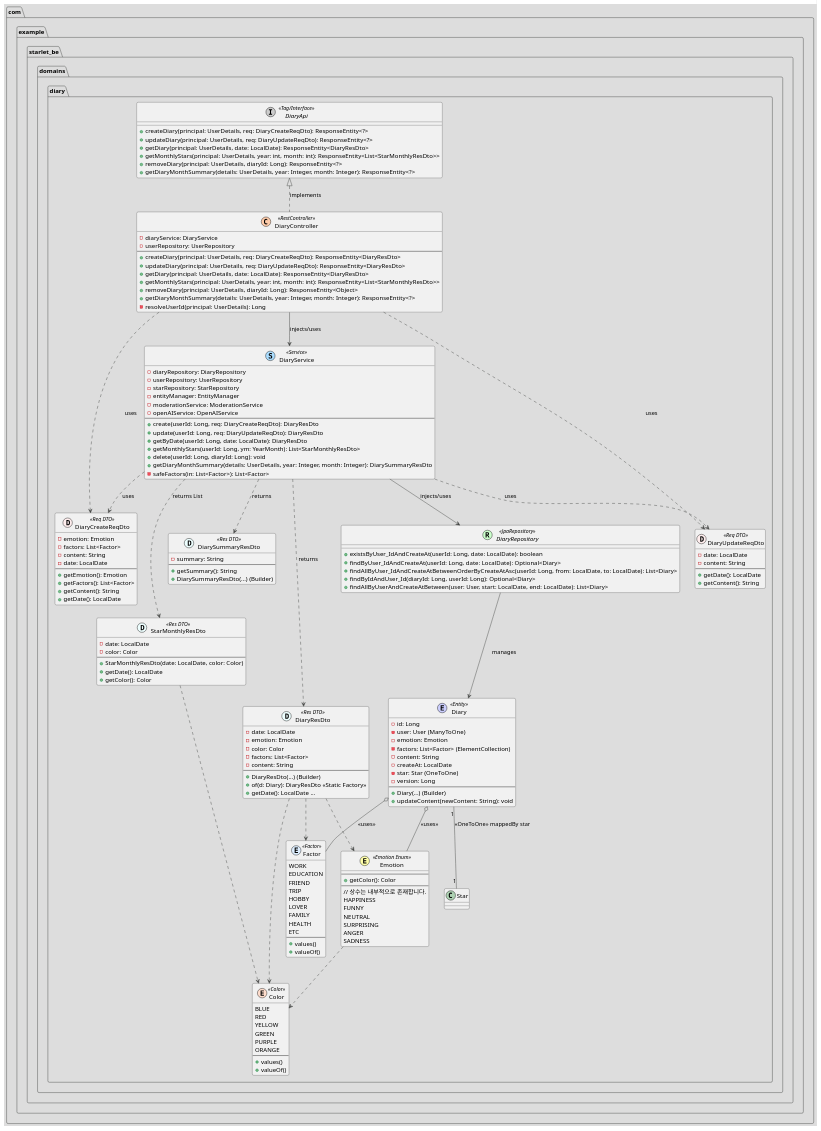
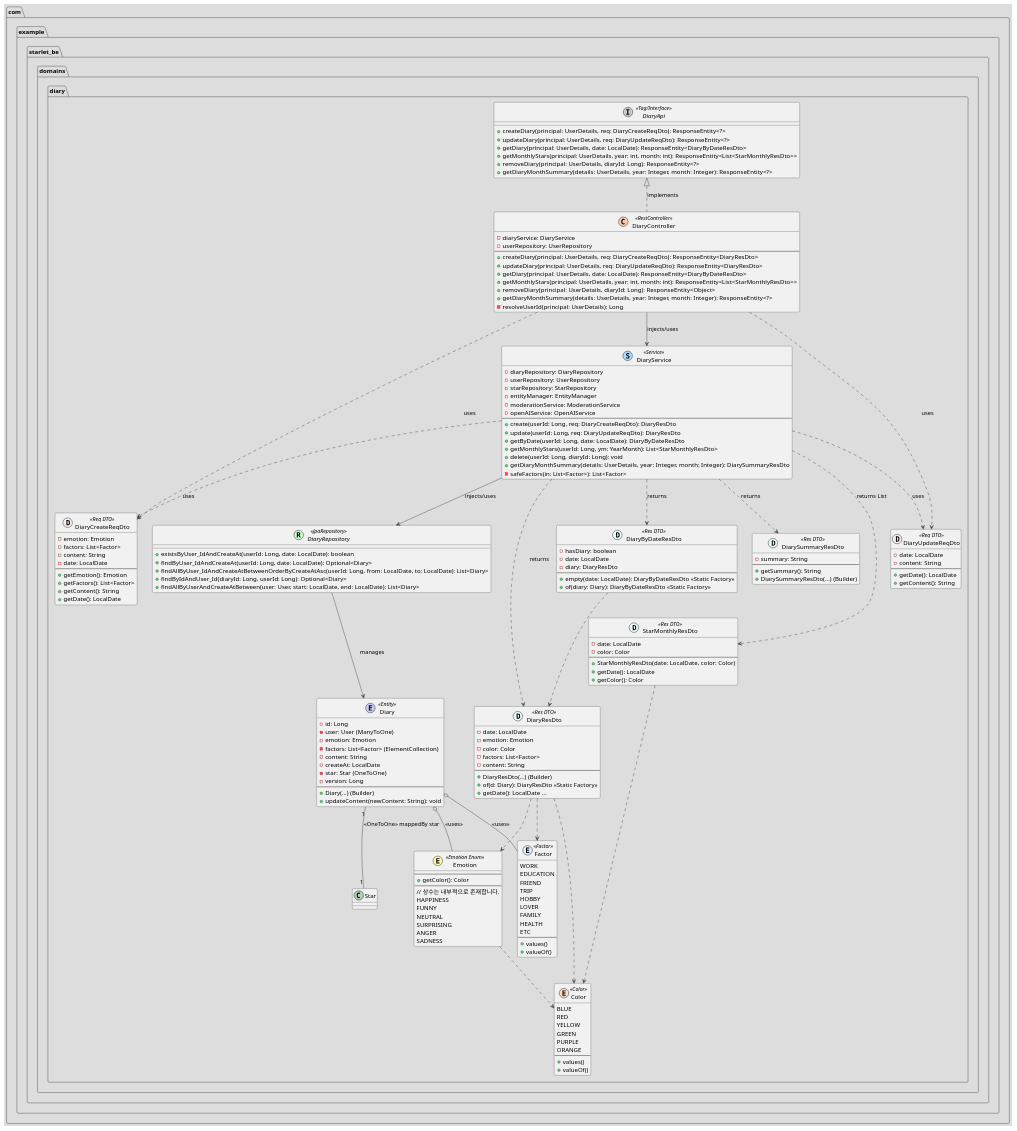
Before and after one commit to 2025-YU-SE-Project/Starlet_doc: the diagram in SDS/Class Diagram UML/diary.puml, drawn with PlantUML. The commit also changed 2 other files, not shown here.

Commit message:
add : DiaryByDateResDto 추가

```diff
--- a/SDS/Class Diagram UML/diary.puml
+++ b/SDS/Class Diagram UML/diary.puml
@@ -1,176 +1,187 @@
 @startuml
 !theme toy
 top to bottom direction
 
 package "com.example.starlet_be.domains.diary" {
 
     enum Color << (E,#FFDDCC) Color >> {
         BLUE
         RED
         YELLOW
         GREEN
         PURPLE
         ORANGE
         --
         + values()
         + valueOf()
     }
 
     enum Factor << (E,#DDEEFF) Factor >> {
         WORK
         EDUCATION
         FRIEND
         TRIP
         HOBBY
         LOVER
         FAMILY
         HEALTH
         ETC
         --
         + values()
         + valueOf()
     }
 
     class Emotion << (E,#FFFFAA) Emotion Enum >> {
         --
         + getColor(): Color
         --
         // 상수는 내부적으로 존재합니다.
         HAPPINESS
         FUNNY
         NEUTRAL
         SURPRISING
         ANGER
         SADNESS
     }
     Emotion ..> Color
 
     class DiaryCreateReqDto << (D,#FFEEEE) Req DTO >> {
         - emotion: Emotion
         - factors: List<Factor>
         - content: String
         - date: LocalDate
         --
         + getEmotion(): Emotion
         + getFactors(): List<Factor>
         + getContent(): String
         + getDate(): LocalDate
     }
 
     class DiaryUpdateReqDto << (D,#FFEEEE) Req DTO >> {
         - date: LocalDate
         - content: String
         --
         + getDate(): LocalDate
         + getContent(): String
     }
 
     class DiarySummaryResDto << (D,#EEFFFF) Res DTO >> {
         - summary: String
         --
         + getSummary(): String
         + DiarySummaryResDto(...) (Builder)
     }
 
     class DiaryResDto << (D,#EEFFFF) Res DTO >> {
         - date: LocalDate
         - emotion: Emotion
         - color: Color
         - factors: List<Factor>
         - content: String
         --
         + DiaryResDto(...) (Builder)
         + of(d: Diary): DiaryResDto << Static Factory >>
         + getDate(): LocalDate ...
     }
     DiaryResDto ..> Color
     DiaryResDto ..> Emotion
     DiaryResDto ..> Factor
 
+    class DiaryByDateResDto << (D,#EEFFFF) Res DTO >> {
+        - hasDiary: boolean
+        - date: LocalDate
+        - diary: DiaryResDto
+        --
+        + empty(date: LocalDate): DiaryByDateResDto << Static Factory >>
+        + of(diary: Diary): DiaryByDateResDto << Static Factory >>
+    }
+    DiaryByDateResDto ..> DiaryResDto
+
     class StarMonthlyResDto << (D,#EEFFFF) Res DTO >> {
         - date: LocalDate
         - color: Color
         --
         + StarMonthlyResDto(date: LocalDate, color: Color)
         + getDate(): LocalDate
         + getColor(): Color
     }
     StarMonthlyResDto ..> Color
 
     class Diary << (E,#CCCFFF) Entity >> {
         - id: Long
         - user: User (ManyToOne)
         - emotion: Emotion
         - factors: List<Factor> (ElementCollection)
         - content: String
         - createAt: LocalDate
         - star: Star (OneToOne)
         - version: Long
         --
         + Diary(...) (Builder)
         + updateContent(newContent: String): void
     }
     Diary o-- Emotion : <<uses>>
     Diary o-- Factor : <<uses>>
     Diary "1" -- "1" Star : <<OneToOne>> mappedBy star
 
     interface DiaryRepository << (R,#CCFFCC) JpaRepository >> {
         + existsByUser_IdAndCreateAt(userId: Long, date: LocalDate): boolean
         + findByUser_IdAndCreateAt(userId: Long, date: LocalDate): Optional<Diary>
         + findAllByUser_IdAndCreateAtBetweenOrderByCreateAtAsc(userId: Long, from: LocalDate, to: LocalDate): List<Diary>
         + findByIdAndUser_Id(diaryId: Long, userId: Long): Optional<Diary>
         + findAllByUserAndCreateAtBetween(user: User, start: LocalDate, end: LocalDate): List<Diary>
     }
     DiaryRepository --> Diary : manages
 
     class DiaryService << (S,#AADDFF) Service >> {
         - diaryRepository: DiaryRepository
         - userRepository: UserRepository
         - starRepository: StarRepository
         - entityManager: EntityManager
         - moderationService: ModerationService
         - openAIService: OpenAIService
         --
         + create(userId: Long, req: DiaryCreateReqDto): DiaryResDto
         + update(userId: Long, req: DiaryUpdateReqDto): DiaryResDto
-        + getByDate(userId: Long, date: LocalDate): DiaryResDto
+        + getByDate(userId: Long, date: LocalDate): DiaryByDateResDto
         + getMonthlyStars(userId: Long, ym: YearMonth): List<StarMonthlyResDto>
         + delete(userId: Long, diaryId: Long): void
         + getDiaryMonthSummary(details: UserDetails, year: Integer, month: Integer): DiarySummaryResDto
         - safeFactors(in: List<Factor>): List<Factor>
     }
     DiaryService --> DiaryRepository : injects/uses
     DiaryService ..> DiaryCreateReqDto : uses
     DiaryService ..> DiaryUpdateReqDto : uses
     DiaryService ..> DiaryResDto : returns
+    DiaryService ..> DiaryByDateResDto : returns
     DiaryService ..> StarMonthlyResDto : returns List
     DiaryService ..> DiarySummaryResDto : returns
 
     interface DiaryApi << (I,#CCCCCC) Tag/Interface >> {
         + createDiary(principal: UserDetails, req: DiaryCreateReqDto): ResponseEntity<?>
         + updateDiary(principal: UserDetails, req: DiaryUpdateReqDto): ResponseEntity<?>
-        + getDiary(principal: UserDetails, date: LocalDate): ResponseEntity<DiaryResDto>
+        + getDiary(principal: UserDetails, date: LocalDate): ResponseEntity<DiaryByDateResDto>
         + getMonthlyStars(principal: UserDetails, year: int, month: int): ResponseEntity<List<StarMonthlyResDto>>
         + removeDiary(principal: UserDetails, diaryId: Long): ResponseEntity<?>
         + getDiaryMonthSummary(details: UserDetails, year: Integer, month: Integer): ResponseEntity<?>
     }
 
     class DiaryController << (C,#FFCCAA) RestController >> {
         - diaryService: DiaryService
         - userRepository: UserRepository
         --
         + createDiary(principal: UserDetails, req: DiaryCreateReqDto): ResponseEntity<DiaryResDto>
         + updateDiary(principal: UserDetails, req: DiaryUpdateReqDto): ResponseEntity<DiaryResDto>
-        + getDiary(principal: UserDetails, date: LocalDate): ResponseEntity<DiaryResDto>
+        + getDiary(principal: UserDetails, date: LocalDate): ResponseEntity<DiaryByDateResDto>
         + getMonthlyStars(principal: UserDetails, year: int, month: int): ResponseEntity<List<StarMonthlyResDto>>
         + removeDiary(principal: UserDetails, diaryId: Long): ResponseEntity<Object>
         + getDiaryMonthSummary(details: UserDetails, year: Integer, month: Integer): ResponseEntity<?>
         - resolveUserId(principal: UserDetails): Long
     }
 
     DiaryController .up.|> DiaryApi : implements
     DiaryController --> DiaryService : injects/uses
     DiaryController ..> DiaryCreateReqDto : uses
     DiaryController ..> DiaryUpdateReqDto : uses
 }
 @enduml
```
